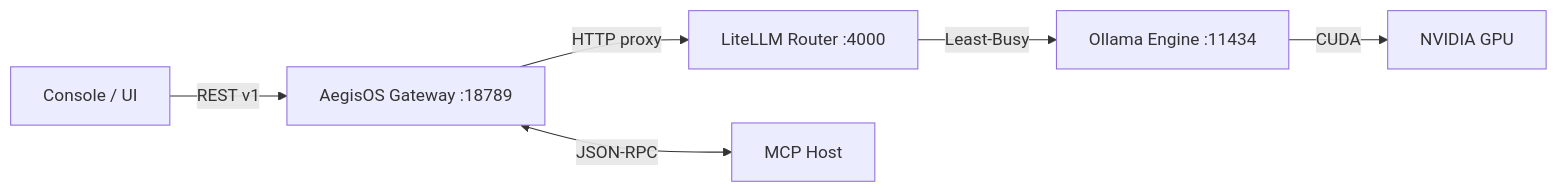
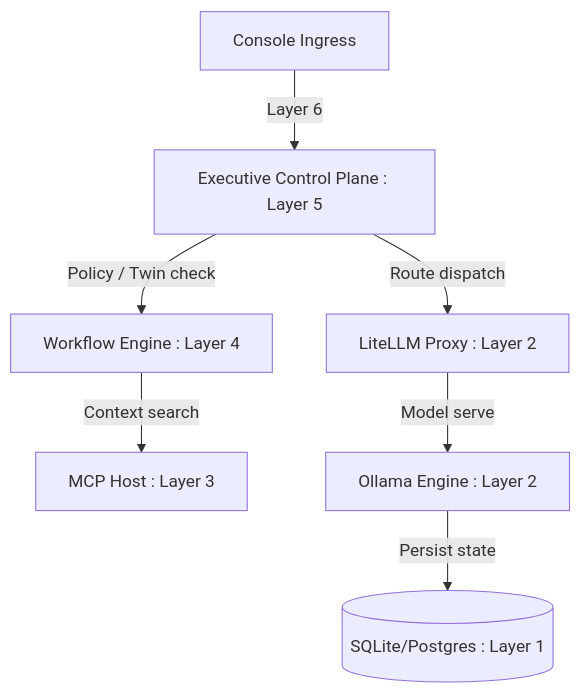
One commit to rjmad1/AegisOS changed the diagram in docs/governance/Platform_Governance_Package.md. Above: the diagram before and after it, drawn with Mermaid. The commit also changed other lines of this file and 97 other files, not shown here.

````diff
--- a/docs/governance/Platform_Governance_Package.md
+++ b/docs/governance/Platform_Governance_Package.md
@@ -25,8 +27,9 @@
 ```mermaid
-graph LR
-    Ingress[Console / UI] -->|REST v1| Gateway[AegisOS Gateway :18789]
-    Gateway -->|HTTP proxy| LiteLLM[LiteLLM Router :4000]
-    Gateway <-->|JSON-RPC| MCP[MCP Host]
-    LiteLLM -->|Least-Busy| Ollama[Ollama Engine :11434]
-    Ollama -->|CUDA| GPU[NVIDIA GPU]
+graph TD
+    UI[Console Ingress] -->|Layer 6| ECP[Executive Control Plane : Layer 5]
+    ECP -->|Policy / Twin check| Workflow[Workflow Engine : Layer 4]
+    Workflow -->|Context search| MCP[MCP Host : Layer 3]
+    ECP -->|Route dispatch| LiteLLM[LiteLLM Proxy : Layer 2]
+    LiteLLM -->|Model serve| Ollama[Ollama Engine : Layer 2]
+    Ollama -->|Persist state| DB[(SQLite/Postgres : Layer 1)]
 ```
````
